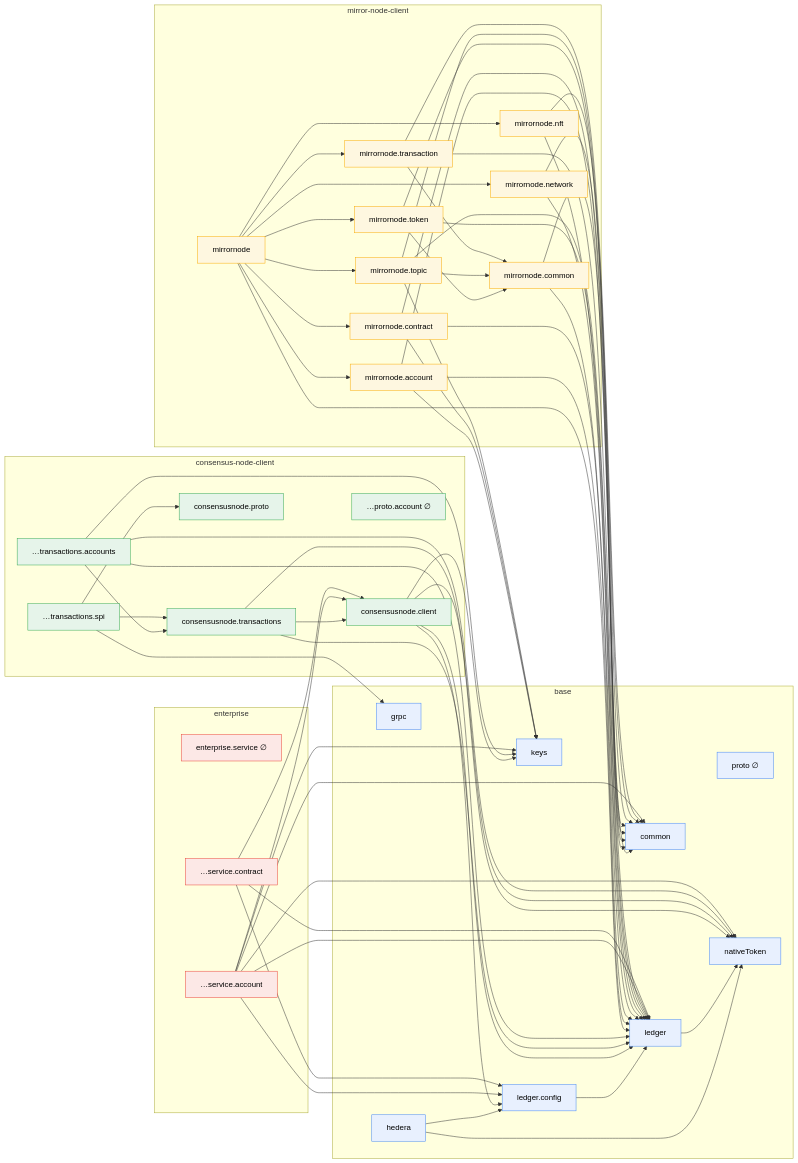
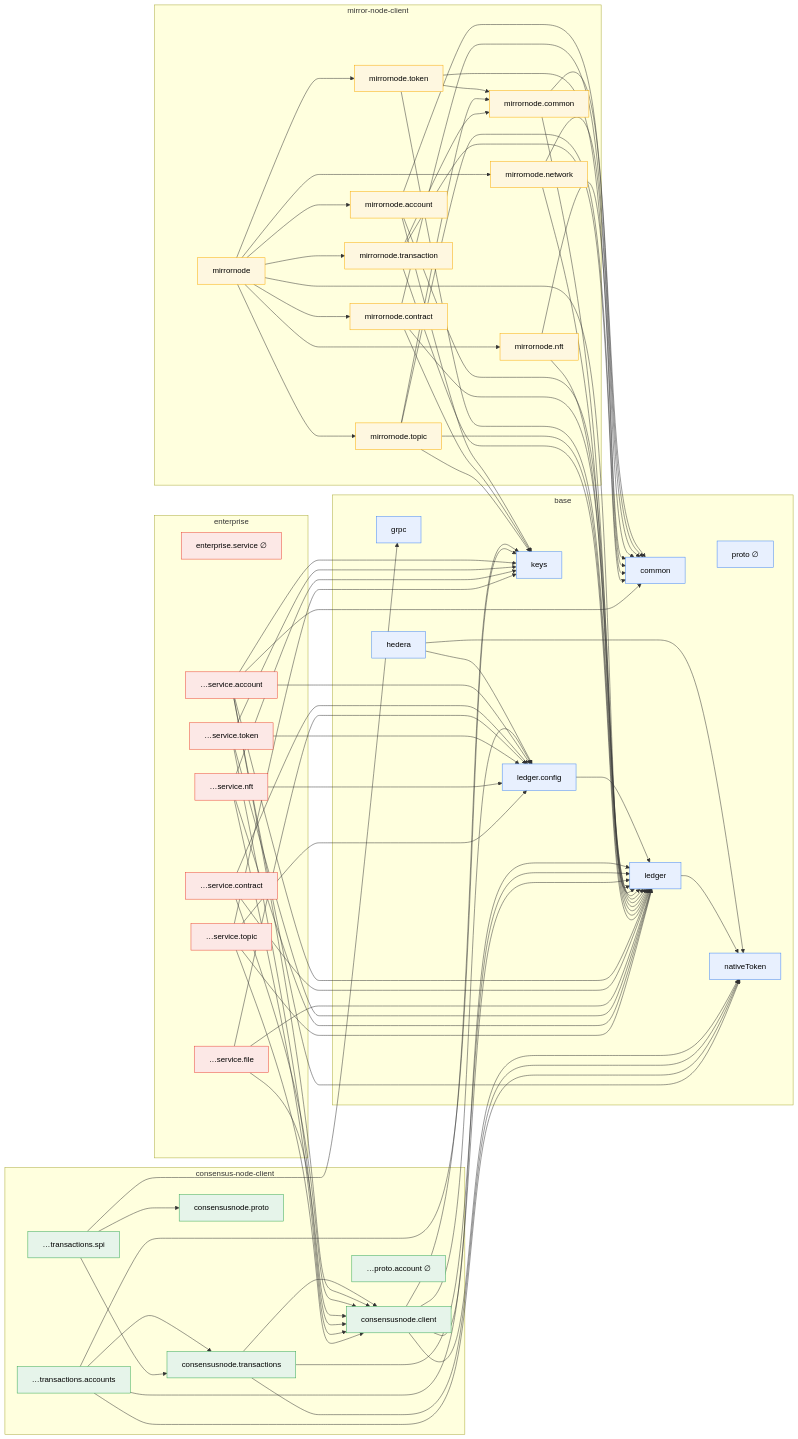
One commit to hendrikebbers/hiero-sdk-v3-prototyping changed the second of 2 diagrams in spec/dependencies.md. Above: the diagram before and after it, drawn with Mermaid. The commit also changed 4 other files, not shown here.

Commit message:
Add service definitions for File, NFT, Token, and Topic services

````diff
--- a/spec/dependencies.md
+++ b/spec/dependencies.md
@@ -69,6 +69,10 @@
         ent_service["enterprise.service ∅"]
         ent_account["…service.account"]
         ent_contract["…service.contract"]
+        ent_file["…service.file"]
+        ent_token["…service.token"]
+        ent_nft["…service.nft"]
+        ent_topic["…service.topic"]
     end
 
     %% base-internal
@@ -135,6 +139,21 @@
     ent_contract --> ledger
     ent_contract --> ledger_config
     ent_contract --> cn_client
+    ent_file --> ledger
+    ent_file --> ledger_config
+    ent_file --> cn_client
+    ent_token --> ledger
+    ent_token --> ledger_config
+    ent_token --> keys
+    ent_token --> cn_client
+    ent_nft --> ledger
+    ent_nft --> ledger_config
+    ent_nft --> keys
+    ent_nft --> cn_client
+    ent_topic --> ledger
+    ent_topic --> ledger_config
+    ent_topic --> keys
+    ent_topic --> cn_client
 
     classDef base fill:#e8f0fe,stroke:#4285f4,color:#000;
     classDef consensus fill:#e6f4ea,stroke:#34a853,color:#000;
@@ -144,5 +163,5 @@
     class common,grpc,proto,nativeToken,keys,ledger,ledger_config,hedera base;
     class cn_client,cn_tx,cn_tx_accounts,cn_tx_spi,cn_proto,cn_proto_account consensus;
     class mn,mn_account,mn_common,mn_contract,mn_network,mn_nft,mn_token,mn_topic,mn_transaction mirror;
-    class ent_service,ent_account,ent_contract enterprise;
+    class ent_service,ent_account,ent_contract,ent_file,ent_token,ent_nft,ent_topic enterprise;
 ```
````
